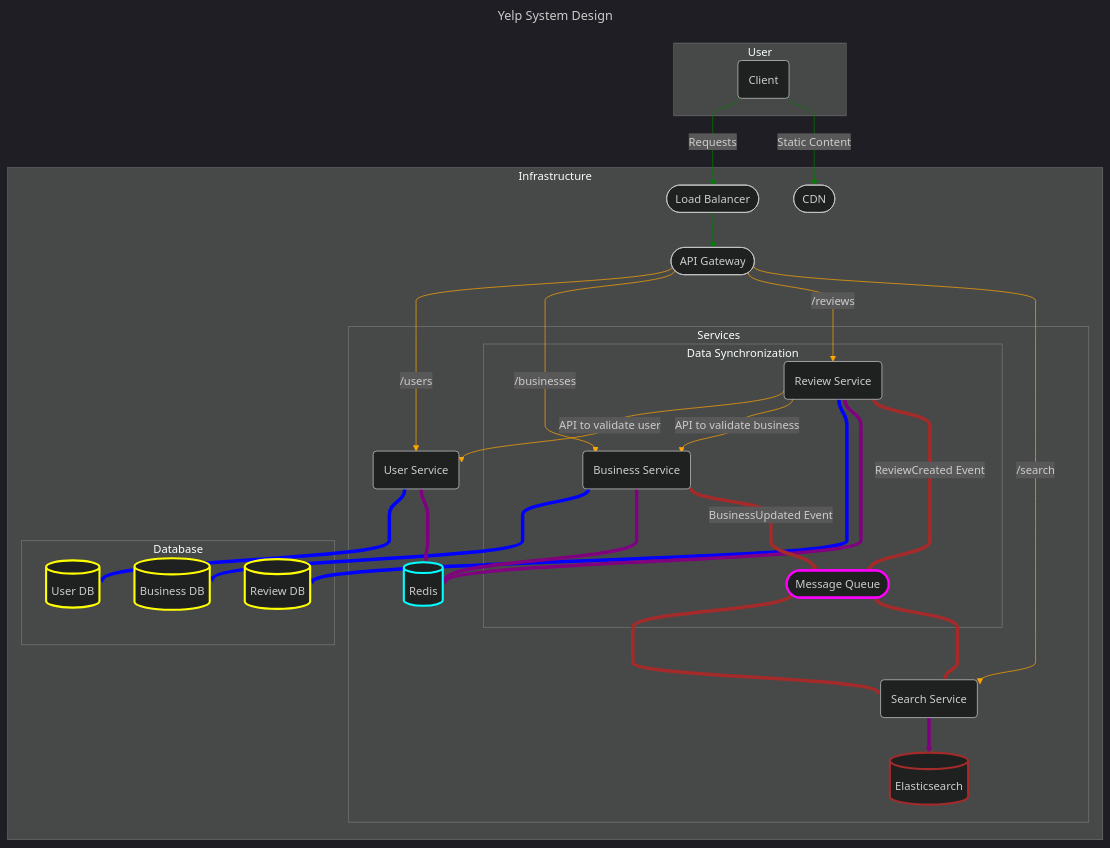
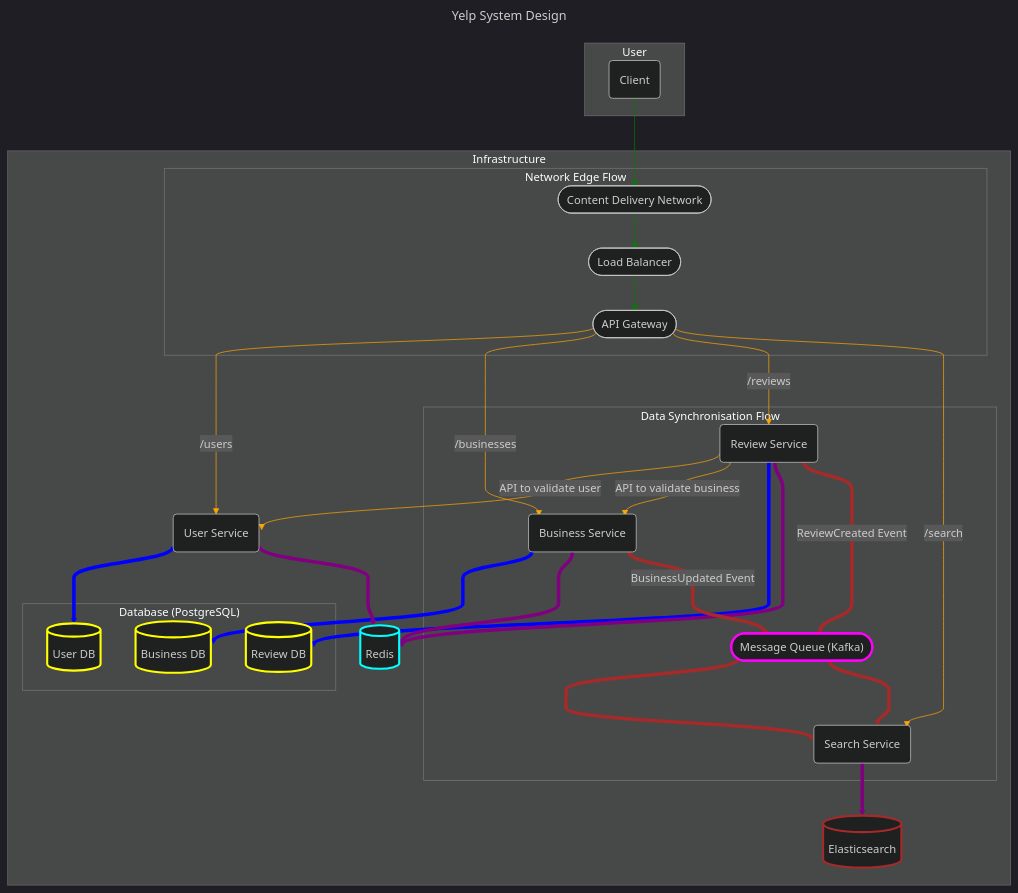
One commit to linushsianghung/systemdesign changed the diagram in Case Studies/Yelp.md. Above: the diagram before and after it, drawn with Mermaid. The commit also changed other lines of this file and 16 other files, not shown here.

````diff
--- a/Case Studies/Yelp.md
+++ b/Case Studies/Yelp.md
@@ -43,83 +25,80 @@
 ```mermaid
 ---
 title: Yelp System Design
 config:
   theme: 'dark'
 ---
 %%{init: {'flowchart' : {'curve' : 'bumpY'}}}%%
 flowchart TD
 %% ----- Architecture Section -----
 subgraph "User"
     Client(Client)
 end
 
 subgraph "Infrastructure"
-    LoadBalancer([Load Balancer])
-    APIGateway([API Gateway])
-    CDN([CDN])
+    subgraph "Network Edge Flow"
+        LoadBalancer([Load Balancer])
+        APIGateway([API Gateway])
+        CDN([Content Delivery Network])
+    end
+    
+    UserService(User Service)
+    subgraph "Data Synchronisation Flow"
+        BusinessService(Business Service)
+        ReviewService(Review Service)
+        MessageQueue(["Message Queue (Kafka)"])
+        SearchService(Search Service)
+    end
+    SearchDB[(Elasticsearch)]
+    Cache[(Redis)]
 
-    subgraph "Services"
-        UserService(User Service)
-        subgraph "Data Synchronization"
-            BusinessService(Business Service)
-            ReviewService(Review Service)
-            MessageQueue([Message Queue])
-        end
-        SearchService(Search Service)
-        SearchDB[(Elasticsearch)]
-        Cache[(Redis)]
-    end
-
-    subgraph "Database"
+    subgraph "Database (PostgreSQL)"
         %% Shared Database Pattern: Relational_Database[(PostgreSQL)]
         %% Database per Service Pattern
         UserDB[(User DB)]
         BusinessDB[(Business DB)]
         ReviewDB[(Review DB)]
     end
 end
 
 %% ----- Dependency Section -----
 %% Style Definition
 classDef database stroke-width:3px,stroke:yellow;
 classDef cache stroke-width:3px,stroke:cyan;
 classDef msgBroker stroke-width:3px,stroke:magenta;
 classDef search stroke-width:3px,stroke:brown;
 
-    Client -- "Requests" --> LoadBalancer
-    Client -- "Static Content" --> CDN
-    LoadBalancer --> APIGateway
+    Client --> CDN --> LoadBalancer --> APIGateway
     linkStyle 0,1,2 stroke:green
 
     %% Service
     APIGateway -- "/users" --> UserService
     APIGateway -- "/businesses" --> BusinessService
     APIGateway -- "/reviews" --> ReviewService
     APIGateway -- "/search" --> SearchService
     linkStyle 3,4,5,6 stroke:orange
 
     ReviewService -- "API to validate user" --> UserService
     ReviewService -- "API to validate business" --> BusinessService
     linkStyle 7,8 stroke:orange
 
     %% Database
     UserService --> UserDB:::database
     BusinessService --> BusinessDB:::database
     ReviewService --> ReviewDB:::database
     linkStyle 9,10,11 stroke-width:5px, stroke:blue
 
     %% Cache
     UserService --> Cache:::cache
     BusinessService --> Cache:::cache
     ReviewService --> Cache:::cache
     linkStyle 12,13,14 stroke-width:5px, stroke:purple
 
     SearchService --> SearchDB:::search
     linkStyle 15 stroke-width:5px, stroke:purple
 
     %% Asynchronous Event-Driven Communication
     BusinessService -- "BusinessUpdated Event" --> MessageQueue:::msgBroker --> SearchService
     ReviewService -- "ReviewCreated Event" --> MessageQueue:::msgBroker --> SearchService
     linkStyle 16,17,18,19 stroke-width:5px, stroke:brown
-
 ```
````
